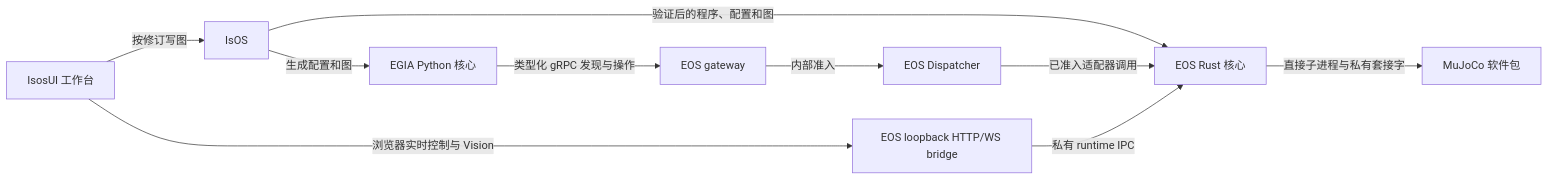
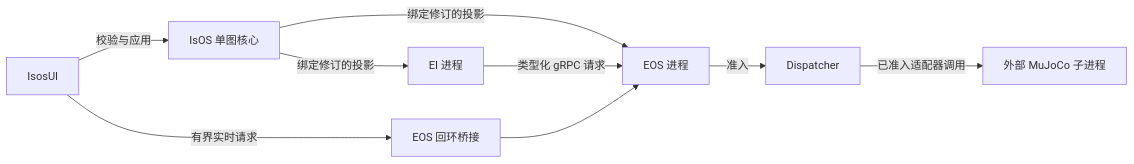
Before and after one commit to Island-Team/Aether-EOS-R: the diagram in docs_cn/island/architecture_cn.md, drawn with Mermaid. The commit also changed other lines of this file and 2082 other files, not shown here.

````diff
--- a/docs_cn/island/architecture_cn.md
+++ b/docs_cn/island/architecture_cn.md
@@ -21,12 +22,11 @@
 ```mermaid
 flowchart LR
-  UI[IsosUI 工作台] -->|按修订写图| OS[IsOS]
-  OS -->|验证后的程序、配置和图| EOS[EOS Rust 核心]
-  OS -->|生成配置和图| EGIA[EGIA Python 核心]
-  EOS -->|直接子进程与私有套接字| SIM[MuJoCo 软件包]
-  EGIA -->|类型化 gRPC 发现与操作| G[EOS gateway]
-  UI -->|浏览器实时控制与 Vision| B[EOS loopback HTTP/WS bridge]
-  B -->|私有 runtime IPC| EOS
-  G -->|内部准入| DISP[EOS Dispatcher]
-  DISP -->|已准入适配器调用| EOS
+  UI[IsosUI] -->|校验与应用| OS[IsOS 单图核心]
+  OS -->|绑定修订的投影| EOS[EOS 进程]
+  OS -->|绑定修订的投影| EI[EI 进程]
+  EI -->|类型化 gRPC 请求| EOS
+  UI -->|有界实时请求| BR[EOS 回环桥接]
+  BR --> EOS
+  EOS -->|准入| D[Dispatcher]
+  D -->|已准入适配器调用| SIM[外部 MuJoCo 子进程]
 ```
````
